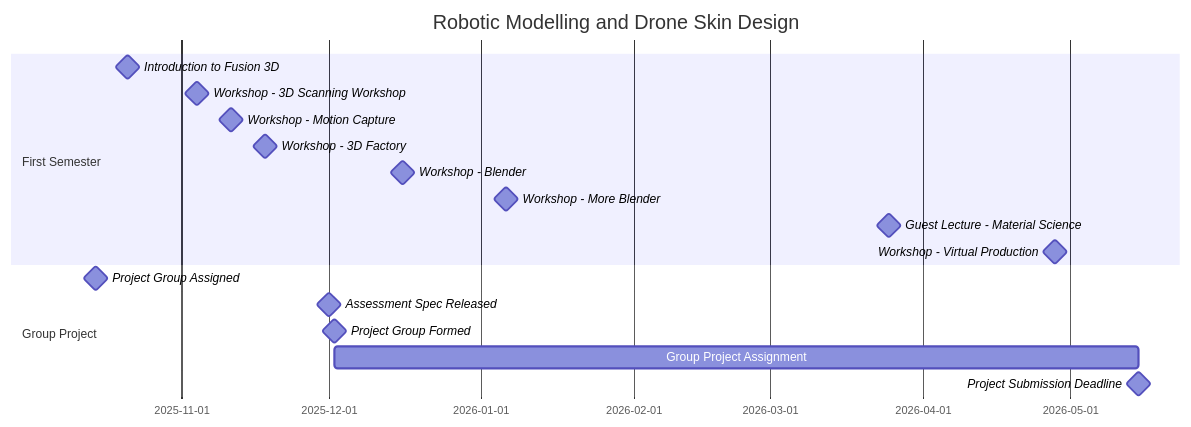
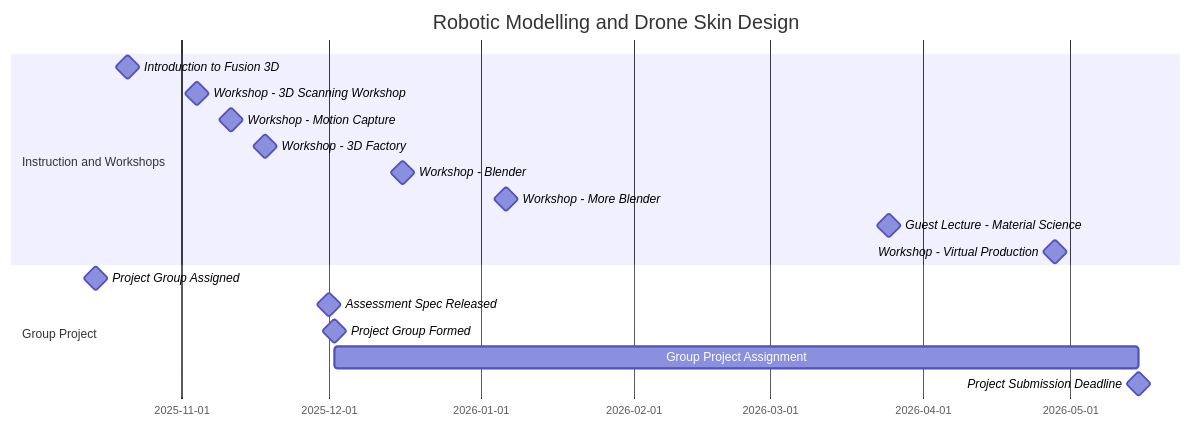
Before and after one commit to mead-one/mead-one.github.io: the diagram in README.md, drawn with Mermaid.

Commit message:
Corrected section title

````diff
--- a/README.md
+++ b/README.md
@@ -6,23 +6,23 @@
 ```mermaid
 gantt
     dateformat YYYY-MM-DD
     title Robotic Modelling and Drone Skin Design
 
-    section First Semester
+    section Instruction and Workshops
     Introduction to Fusion 3D       :milestone, fusionintro, 2025-10-21, 0d
     Workshop - 3D Scanning Workshop :milestone, w3dscan, 2025-11-04, 0d
     Workshop - Motion Capture       :milestone, wmocap, 2025-11-11, 0d
     Workshop - 3D Factory           :milestone, w3dfactory, 2025-11-18, 0d
     Workshop - Blender              :milestone, wblender1, 2025-12-16, 0d
     Workshop - More Blender         :milestone, wblender2, 2026-01-06, 0d
     Guest Lecture - Material Science    :milestone, matsc, 2026-03-25, 0d
     Workshop - Virtual Production   :milestone, wvprod, 2026-04-28, 0d
 
 
     section Group Project
     Project Group Assigned          :milestone,  groupassigned, 2025-10-14, 1d
     Assessment Spec Released        :milestone, assignmentstart, 2025-12-01, 0d
     Project Group Formed            :milestone, groupformed, 2025-12-02, 0d
     Group Project Assignment        : groupproject, 2025-12-02, 2026-05-15
     Project Submission Deadline     :milestone, deadline, 2026-05-15, 0d
 ```
````
